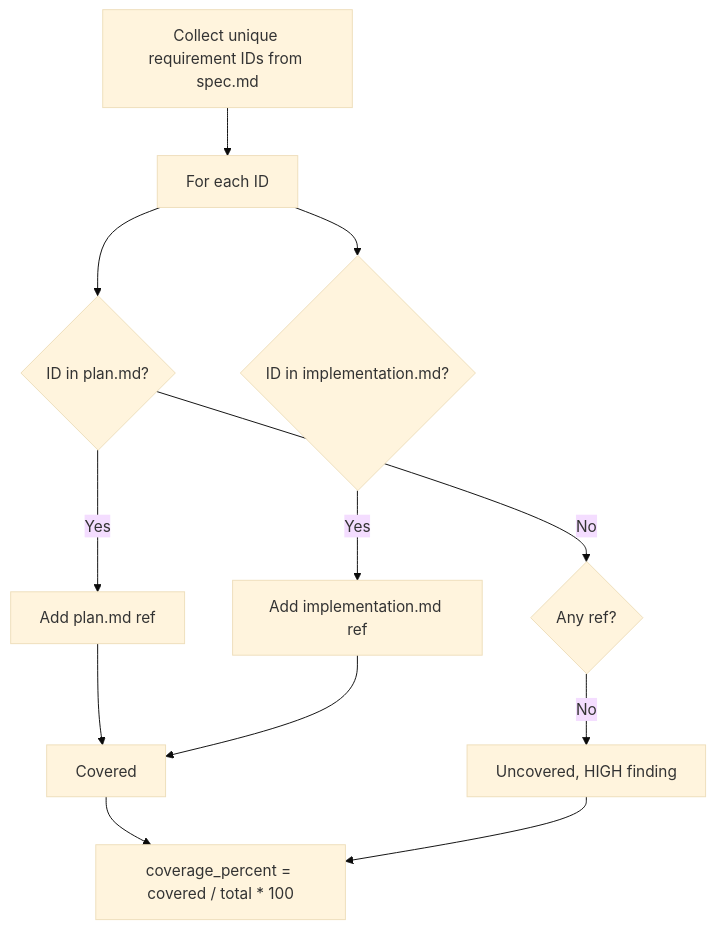
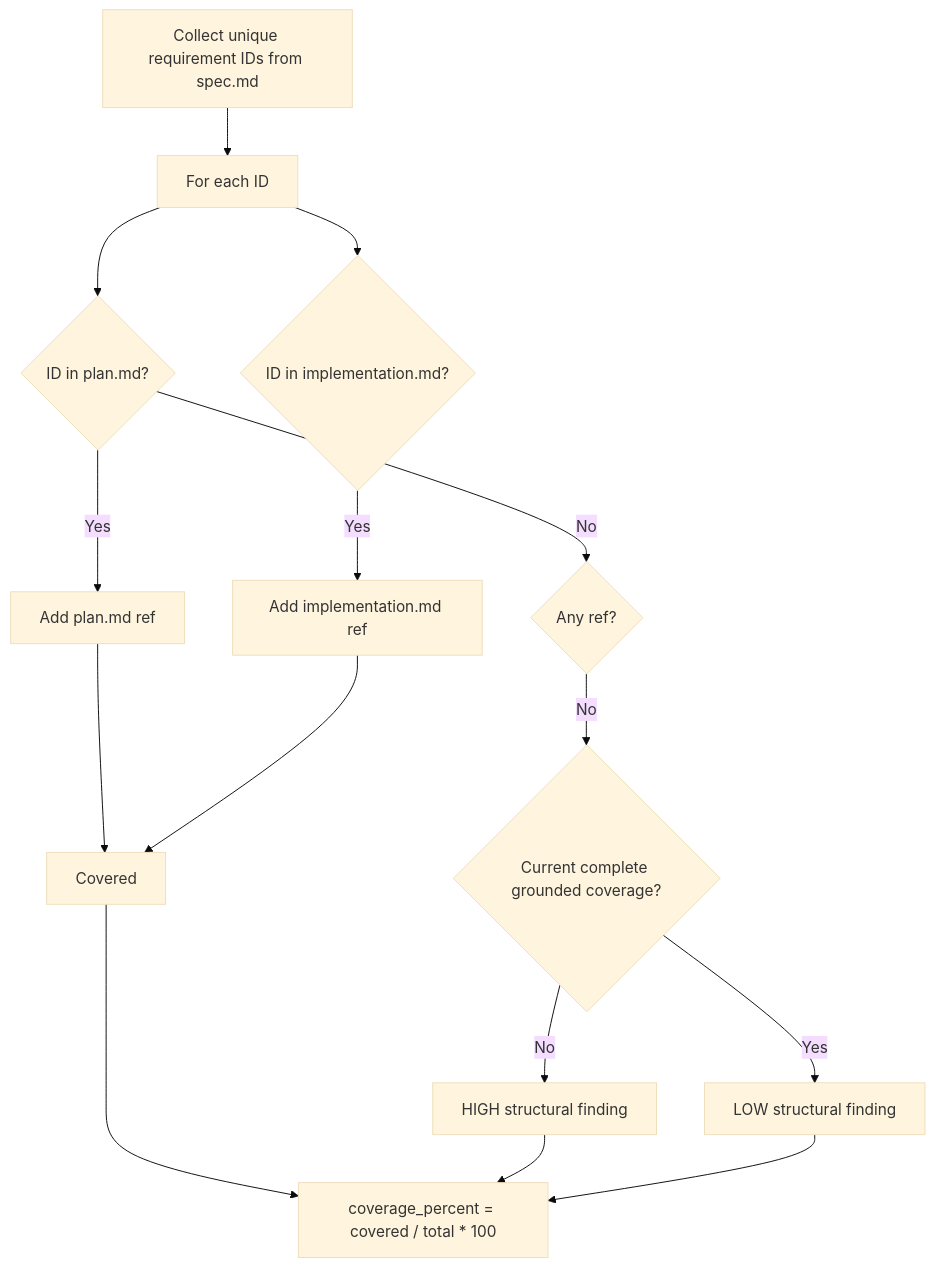
Before and after one commit to julien-m/livespec: the third of 4 diagrams in .specs/features/070-analyze-gate/spec.md, drawn with Mermaid (base theme). The commit also changed other lines of this file and 299 other files, not shown here.

````diff
--- a/.specs/features/070-analyze-gate/spec.md
+++ b/.specs/features/070-analyze-gate/spec.md
@@ -157,14 +184,17 @@
 ```mermaid
 flowchart TD
     A[Collect unique requirement IDs from spec.md] --> B[For each ID]
     B --> C{ID in plan.md?}
     C -- Yes --> D[Add plan.md ref]
     B --> E{ID in implementation.md?}
     E -- Yes --> F[Add implementation.md ref]
     D --> G[Covered]
     F --> G
     C -- No --> H{Any ref?}
-    H -- No --> I[Uncovered, HIGH finding]
+    H -- No --> K{Current complete grounded coverage?}
+    K -- Yes --> L[LOW structural finding]
+    K -- No --> I[HIGH structural finding]
     G --> J[coverage_percent = covered / total * 100]
     I --> J
+    L --> J
 ```
````
